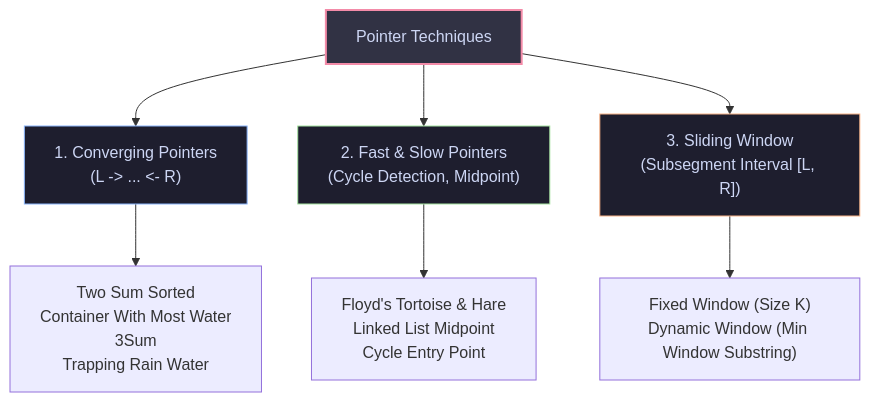
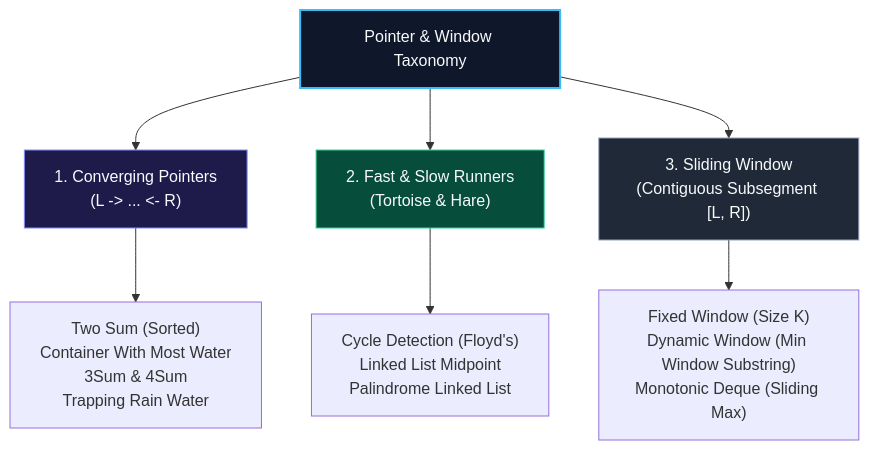
The third of 8 diagrams in content/docs/dsa/02-trees-heaps-and-core-patterns/04-two-pointers-and-sliding-window.mdx (1345AbhishekKumar/cs-cookbook), drawn with Mermaid before and after one commit. The commit also changed other lines of this file and 211 other files, not shown here.

````diff
--- a/content/docs/dsa/02-trees-heaps-and-core-patterns/04-two-pointers-and-sliding-window.mdx
+++ b/content/docs/dsa/02-trees-heaps-and-core-patterns/04-two-pointers-and-sliding-window.mdx
@@ -31,15 +108,15 @@
 ```mermaid
 flowchart TD
-    TP["Pointer Techniques"] --> Conv["1. Converging Pointers\n(L -> ... <- R)"]
-    TP --> FS["2. Fast & Slow Pointers\n(Cycle Detection, Midpoint)"]
-    TP --> SW["3. Sliding Window\n(Subsegment Interval [L, R])"]
+    TP["Pointer & Window Taxonomy"] --> Conv["1. Converging Pointers<br/>(L -> ... <- R)"]
+    TP --> FS["2. Fast & Slow Runners<br/>(Tortoise & Hare)"]
+    TP --> SW["3. Sliding Window<br/>(Contiguous Subsegment [L, R])"]
 
-    Conv --> ConvEx["Two Sum Sorted\nContainer With Most Water\n3Sum\nTrapping Rain Water"]
-    FS --> FSEx["Floyd's Tortoise & Hare\nLinked List Midpoint\nCycle Entry Point"]
-    SW --> SWEx["Fixed Window (Size K)\nDynamic Window (Min Window Substring)"]
+    Conv --> ConvEx["Two Sum (Sorted)<br/>Container With Most Water<br/>3Sum & 4Sum<br/>Trapping Rain Water"]
+    FS --> FSEx["Cycle Detection (Floyd's)<br/>Linked List Midpoint<br/>Palindrome Linked List"]
+    SW --> SWEx["Fixed Window (Size K)<br/>Dynamic Window (Min Window Substring)<br/>Monotonic Deque (Sliding Max)"]
 
-    style TP fill:#313244,stroke:#f38ba8,stroke-width:2px,color:#cdd6f4
-    style Conv fill:#1e1e2e,stroke:#89b4fa,stroke-width:1px,color:#cdd6f4
-    style FS fill:#1e1e2e,stroke:#a6e3a1,stroke-width:1px,color:#cdd6f4
-    style SW fill:#1e1e2e,stroke:#fab387,stroke-width:1px,color:#cdd6f4
+    style TP fill:#0f172a,stroke:#38bdf8,stroke-width:2px,color:#f8fafc
+    style Conv fill:#1e1b4b,stroke:#818cf8,stroke-width:1px,color:#f8fafc
+    style FS fill:#064e3b,stroke:#34d399,stroke-width:1px,color:#f8fafc
+    style SW fill:#1f2937,stroke:#94a3b8,stroke-width:1px,color:#f8fafc
 ```
````
